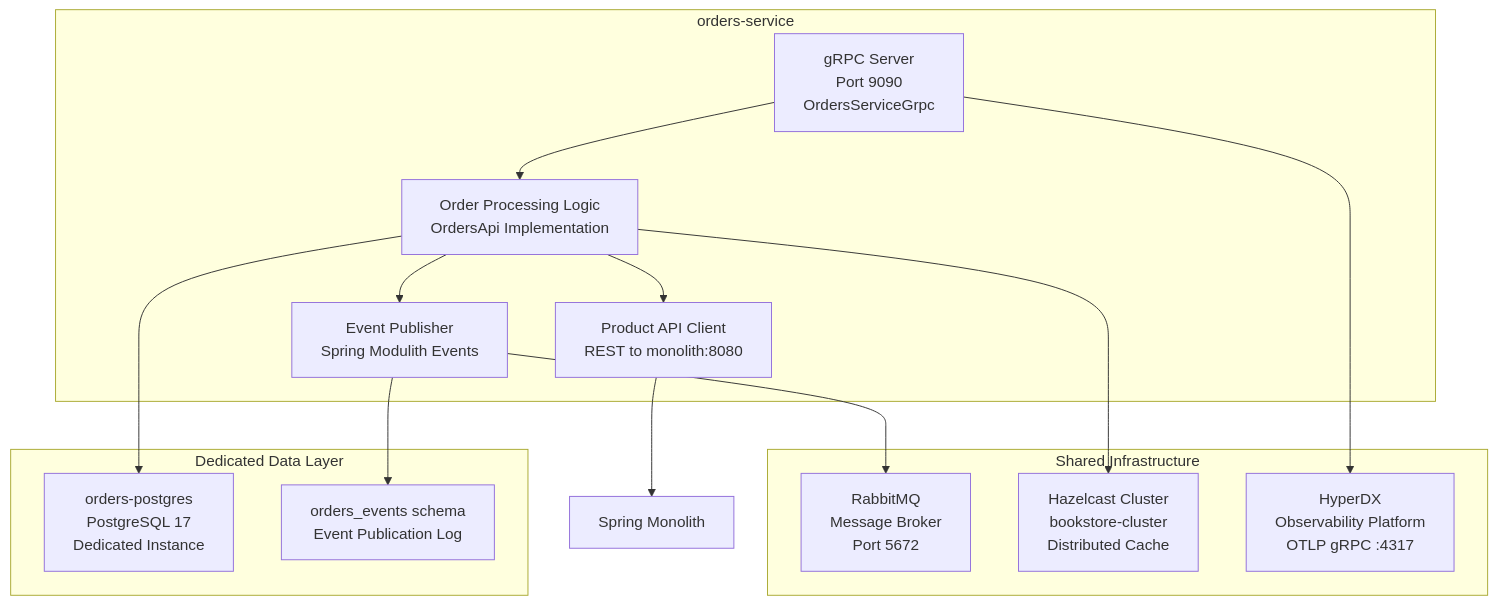
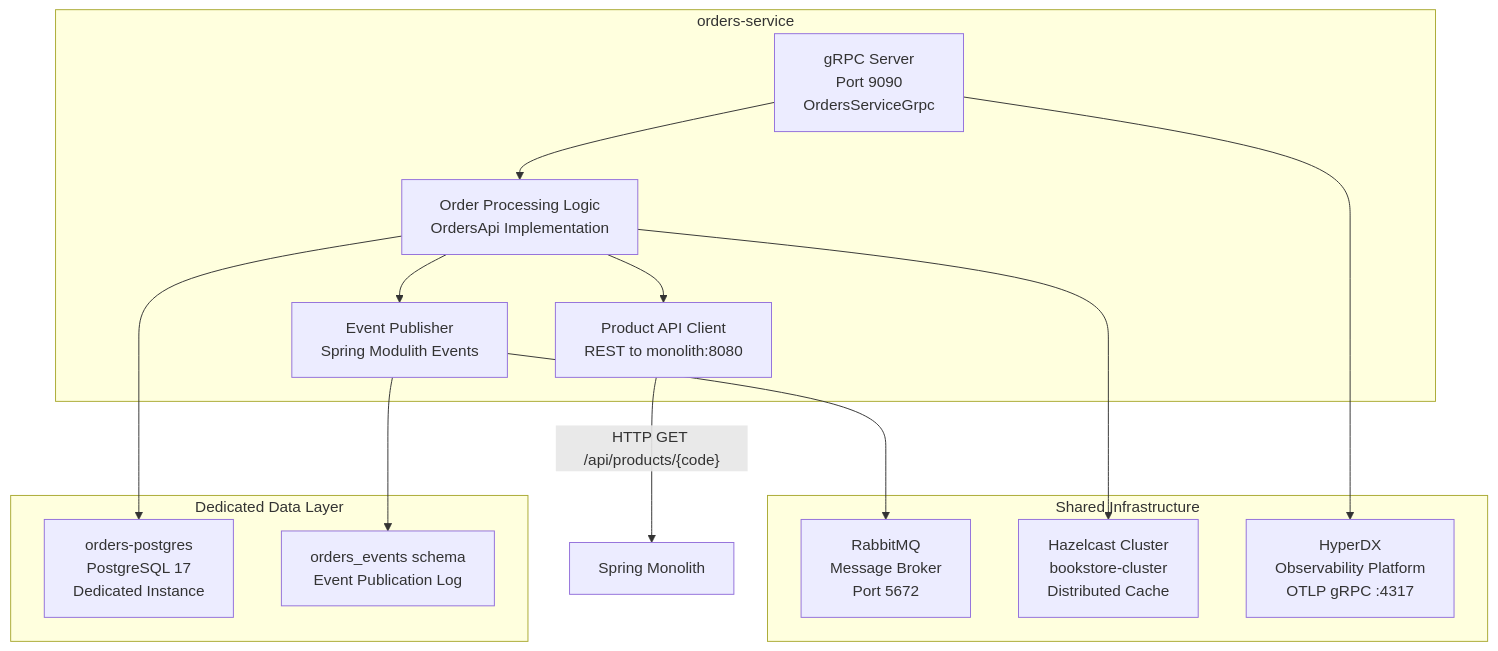
Before and after one commit to philipz/spring-modular-monolith: the first of 10 diagrams in docs/deepwiki/Orders-Service-Architecture.md, drawn with Mermaid. The commit also changed other lines of this file and 55 other files, not shown here.

````diff
--- a/docs/deepwiki/Orders-Service-Architecture.md
+++ b/docs/deepwiki/Orders-Service-Architecture.md
@@ -31,42 +31,42 @@
 ```mermaid
 flowchart TD
 
 GrpcServer["gRPC Server<br>Port 9090<br>OrdersServiceGrpc"]
 AppLogic["Order Processing Logic<br>OrdersApi Implementation"]
 EventPublisher["Event Publisher<br>Spring Modulith Events"]
 ProductClient["Product API Client<br>REST to monolith:8080"]
 OrdersDB["orders-postgres<br>PostgreSQL 17<br>Dedicated Instance"]
 EventSchema["orders_events schema<br>Event Publication Log"]
 RabbitMQ["RabbitMQ<br>Message Broker<br>Port 5672"]
 Hazelcast["Hazelcast Cluster<br>bookstore-cluster<br>Distributed Cache"]
 HyperDX["HyperDX<br>Observability Platform<br>OTLP gRPC :4317"]
 Monolith["Spring Monolith"]
 
 AppLogic --> OrdersDB
 EventPublisher --> EventSchema
 EventPublisher --> RabbitMQ
 AppLogic --> Hazelcast
 GrpcServer --> HyperDX
-ProductClient --> Monolith
+ProductClient -->|"HTTP GET /api/products/{code}"| Monolith
 
 subgraph subGraph2 ["Shared Infrastructure"]
     RabbitMQ
     Hazelcast
     HyperDX
 end
 
 subgraph subGraph1 ["Dedicated Data Layer"]
     OrdersDB
     EventSchema
 end
 
 subgraph orders-service ["orders-service"]
     GrpcServer
     AppLogic
     EventPublisher
     ProductClient
     GrpcServer --> AppLogic
     AppLogic --> ProductClient
     AppLogic --> EventPublisher
 end
 ```
````
